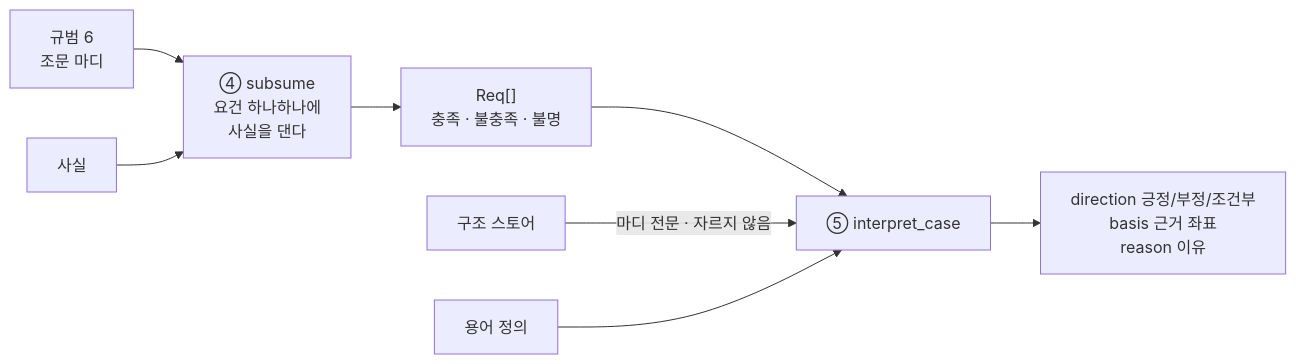
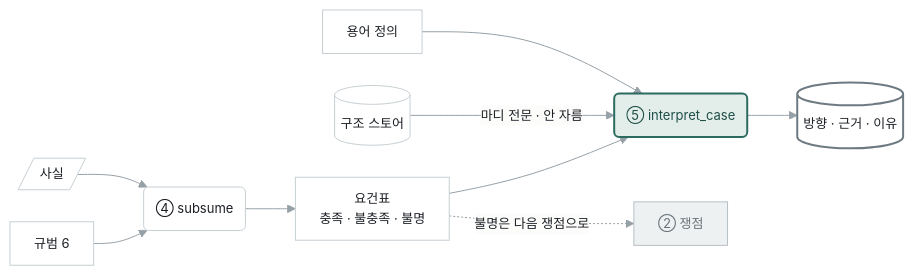
Before and after one commit to Fromson99/8agent: the ninth of 9 diagrams in docs/ARCH_SYSTEM.md, drawn with Mermaid. The commit also changed other lines of this file and 2 other files, not shown here.

````diff
--- a/docs/ARCH_SYSTEM.md
+++ b/docs/ARCH_SYSTEM.md
@@ -441,10 +455,15 @@
 ```mermaid
+%%{init:{'theme':'base','themeVariables':{'fontFamily':'system-ui, sans-serif','fontSize':'13px','primaryColor':'#FFFFFF','primaryTextColor':'#1B1F24','primaryBorderColor':'#C7CFD3','lineColor':'#96A0A7','secondaryColor':'#F1F4F5','tertiaryColor':'#FAFBFB','clusterBkg':'#F5F8F8','clusterBorder':'#DBE1E3','edgeLabelBackground':'#FCFCFB'},'flowchart':{'curve':'basis','nodeSpacing':32,'rankSpacing':50,'padding':12}}}%%
 flowchart LR
-  N["규범 6<br/>조문 마디"] --> SB["④ subsume<br/>요건 하나하나에<br/>사실을 댄다"]
-  FA["사실"] --> SB
-  SB --> RQ["Req[]<br/>충족 · 불충족 · 불명"]
-  RQ --> JD["⑤ interpret_case"]
-  IDX["구조 스토어"] -->|"마디 전문 · 자르지 않음"| JD
+  N["규범 6"] --> SB("④ subsume")
+  FA[/"사실"/] --> SB
+  SB --> RQ["요건표<br/>충족 · 불충족 · 불명"]
+  RQ --> JD("⑤ interpret_case")
+  IDX[("구조 스토어")] -->|"마디 전문 · 안 자름"| JD
   GL["용어 정의"] --> JD
-  JD --> O["direction 긍정/부정/조건부<br/>basis 근거 좌표<br/>reason 이유"]
+  JD --> O[("방향 · 근거 · 이유")]
+  RQ -.->|"불명은 다음 쟁점으로"| SP["② 쟁점"]
+  style JD fill:#E3EDEA,stroke:#2C6B60,stroke-width:2px,color:#1E4F46
+  style O fill:#FFFFFF,stroke:#6E7A82,stroke-width:2px
+  style SP fill:#EEF1F2,stroke:#B6BFC4,color:#69737A
 ```
````
